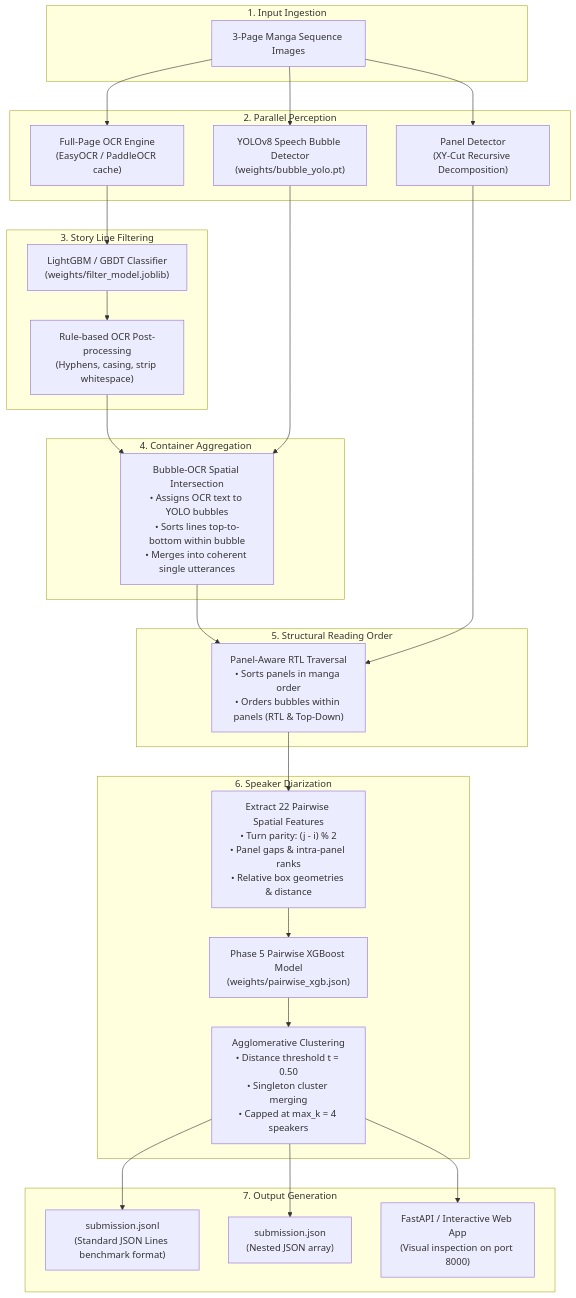
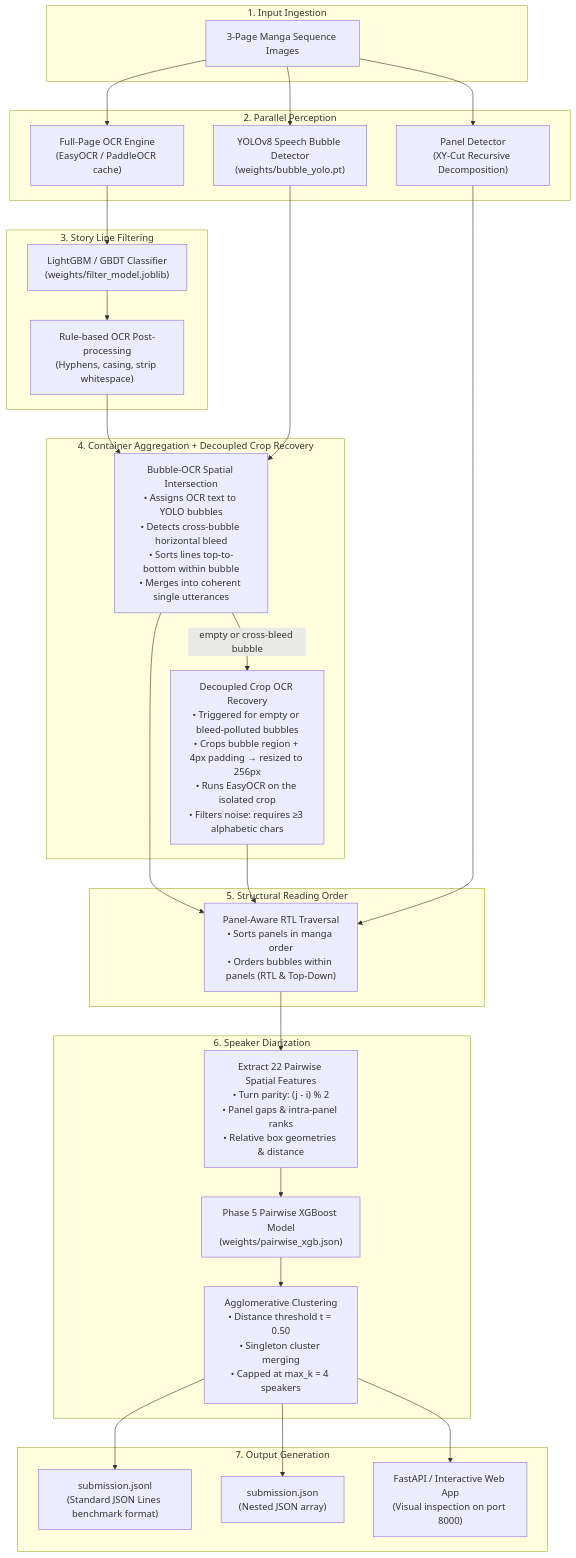
Before and after one commit to anshhh-xyz/Manga-Reader: the first of 2 diagrams in README.md, drawn with Mermaid. The commit also changed other lines of this file and 23 other files, not shown here.

````diff
--- a/README.md
+++ b/README.md
@@ -11,44 +12,46 @@
 ```mermaid
 flowchart TD
     subgraph Input["1. Input Ingestion"]
         IMG["3-Page Manga Sequence Images"]
     end
 
     subgraph Perception["2. Parallel Perception"]
         OCR["Full-Page OCR Engine<br/>(EasyOCR / PaddleOCR cache)"]
         YOLO["YOLOv8 Speech Bubble Detector<br/>(weights/bubble_yolo.pt)"]
         PANELS["Panel Detector<br/>(XY-Cut Recursive Decomposition)"]
     end
 
     subgraph Filtering["3. Story Line Filtering"]
         GBDT["LightGBM / GBDT Classifier<br/>(weights/filter_model.joblib)"]
         CLEAN["Rule-based OCR Post-processing<br/>(Hyphens, casing, strip whitespace)"]
     end
 
-    subgraph Aggregation["4. Container Aggregation"]
-        MERGE["Bubble-OCR Spatial Intersection<br/>• Assigns OCR text to YOLO bubbles<br/>• Sorts lines top-to-bottom within bubble<br/>• Merges into coherent single utterances"]
+    subgraph Aggregation["4. Container Aggregation + Decoupled Crop Recovery"]
+        MERGE["Bubble-OCR Spatial Intersection<br/>• Assigns OCR text to YOLO bubbles<br/>• Detects cross-bubble horizontal bleed<br/>• Sorts lines top-to-bottom within bubble<br/>• Merges into coherent single utterances"]
+        CROP["Decoupled Crop OCR Recovery<br/>• Triggered for empty or bleed-polluted bubbles<br/>• Crops bubble region + 4px padding → resized to 256px<br/>• Runs EasyOCR on the isolated crop<br/>• Filters noise: requires ≥3 alphabetic chars"]
     end
 
     subgraph Layout["5. Structural Reading Order"]
         ORDER["Panel-Aware RTL Traversal<br/>• Sorts panels in manga order<br/>• Orders bubbles within panels (RTL & Top-Down)"]
     end
 
     subgraph Diarization["6. Speaker Diarization"]
         FEAT["Extract 22 Pairwise Spatial Features<br/>• Turn parity: (j - i) % 2<br/>• Panel gaps & intra-panel ranks<br/>• Relative box geometries & distance"]
         XGB["Phase 5 Pairwise XGBoost Model<br/>(weights/pairwise_xgb.json)"]
         CLUST["Agglomerative Clustering<br/>• Distance threshold t = 0.50<br/>• Singleton cluster merging<br/>• Capped at max_k = 4 speakers"]
     end
 
     subgraph Output["7. Output Generation"]
         JSONL["submission.jsonl<br/>(Standard JSON Lines benchmark format)"]
         JSON["submission.json<br/>(Nested JSON array)"]
         WEB["FastAPI / Interactive Web App<br/>(Visual inspection on port 8000)"]
     end
 
     IMG --> OCR & YOLO & PANELS
     OCR --> GBDT --> CLEAN
     CLEAN & YOLO --> MERGE
-    MERGE & PANELS --> ORDER
+    MERGE -- empty or cross-bleed bubble --> CROP
+    MERGE & CROP & PANELS --> ORDER
     ORDER --> FEAT --> XGB --> CLUST
     CLUST --> JSONL & JSON & WEB
 ```
````
